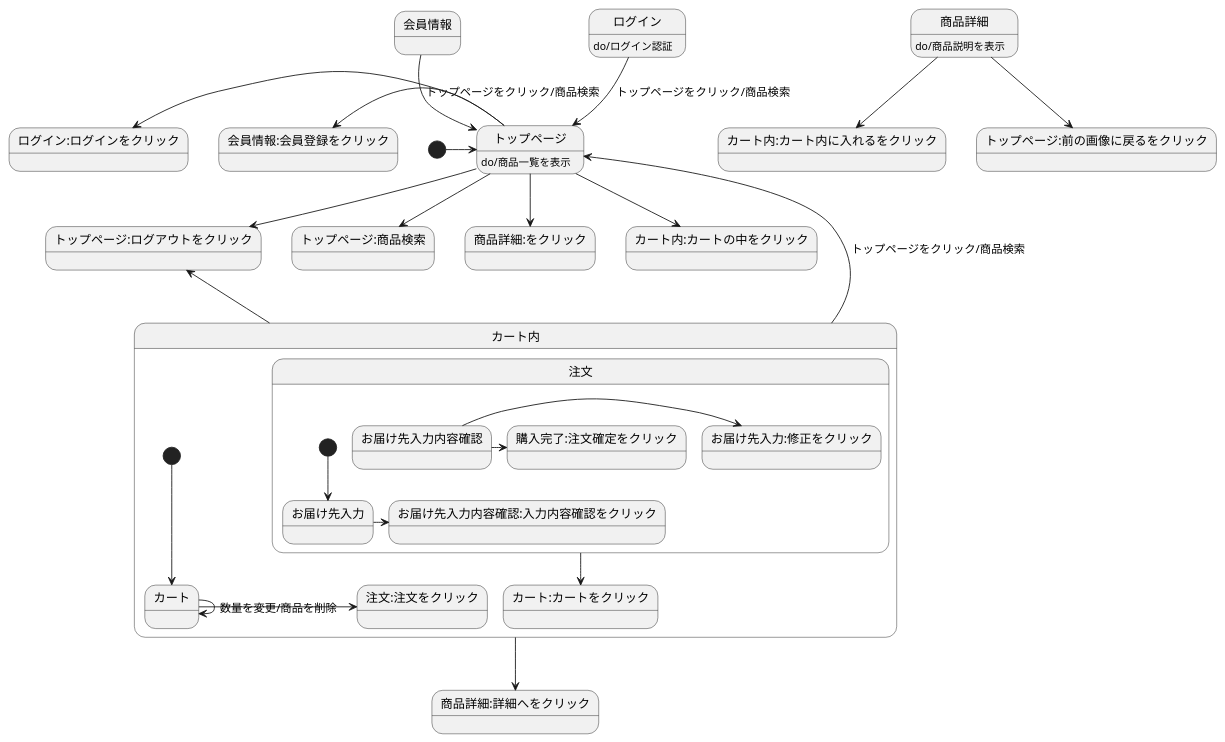
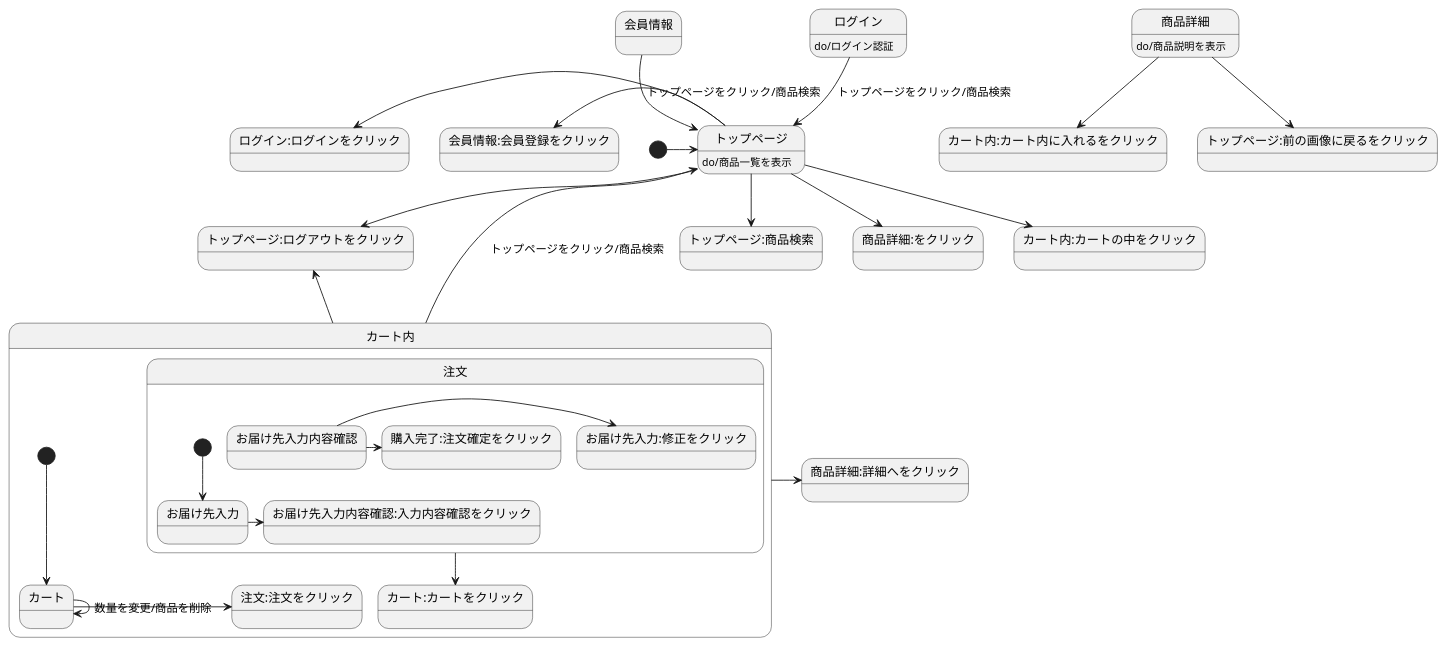
One commit to Aso2001226/2021sys-design changed the diagram in 画面遷移図/gamenseni1.md. Above: the diagram before and after it, drawn with PlantUML.

````diff
--- a/画面遷移図/gamenseni1.md
+++ b/画面遷移図/gamenseni1.md
@@ -1,34 +1,34 @@
 ```uml
 @startuml
 [*]->トップページ
 会員情報-->トップページ:トップページをクリック/商品検索
 ログイン-->トップページ:トップページをクリック/商品検索
 ログイン:do/ログイン認証
 トップページ-->トップページ:ログアウトをクリック
 トップページ-->トップページ:商品検索
 トップページ-->商品詳細:をクリック
 トップページ-left->会員情報:会員登録をクリック
 トップページ-left->ログイン:ログインをクリック
 トップページ-->カート内:カートの中をクリック
 トップページ:do/商品一覧を表示
 商品詳細-->カート内:カート内に入れるをクリック
 商品詳細-->トップページ:前の画像に戻るをクリック
 商品詳細:do/商品説明を表示
 カート内-up->トップページ:トップページをクリック/商品検索
 カート内-up->トップページ:ログアウトをクリック
-カート内-->商品詳細:詳細へをクリック
+カート内->商品詳細:詳細へをクリック
 
 state カート内 {
 [*]-->カート
 カート->注文:注文をクリック
 カート->カート:数量を変更/商品を削除
 注文-->カート:カートをクリック
 state 注文{
 [*]-->お届け先入力
 お届け先入力->お届け先入力内容確認:入力内容確認をクリック
 お届け先入力内容確認->お届け先入力:修正をクリック
 お届け先入力内容確認->購入完了:注文確定をクリック
 }
 }
 @enduml
 ```
````
